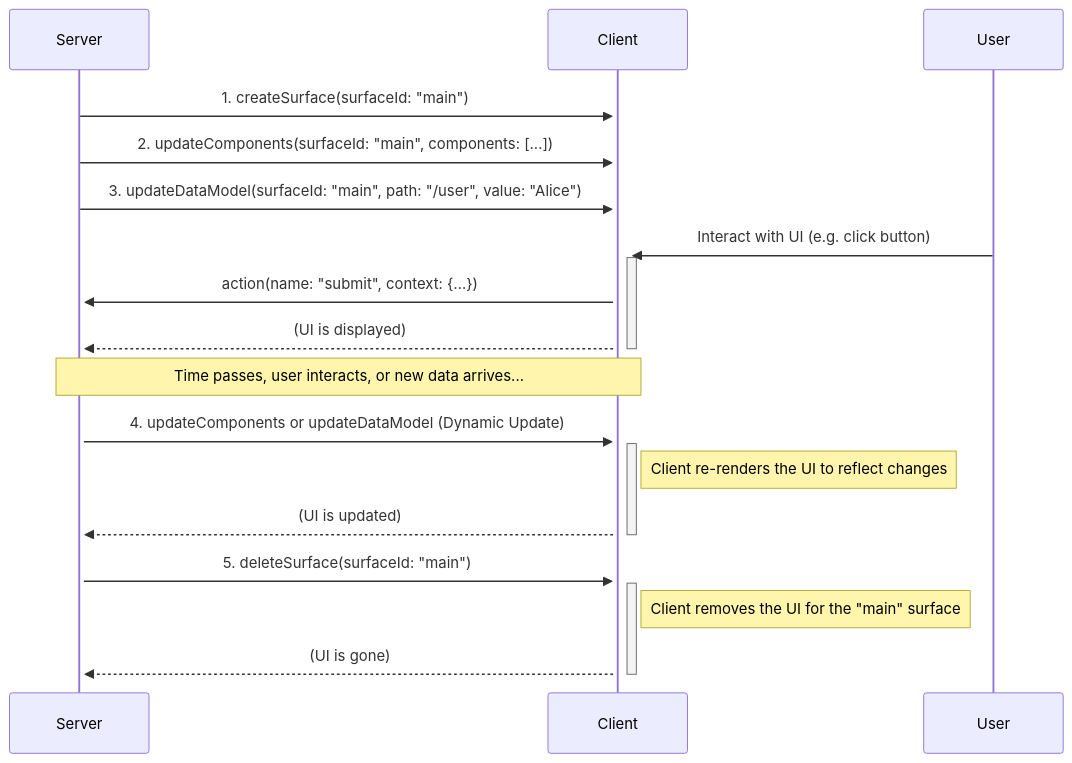
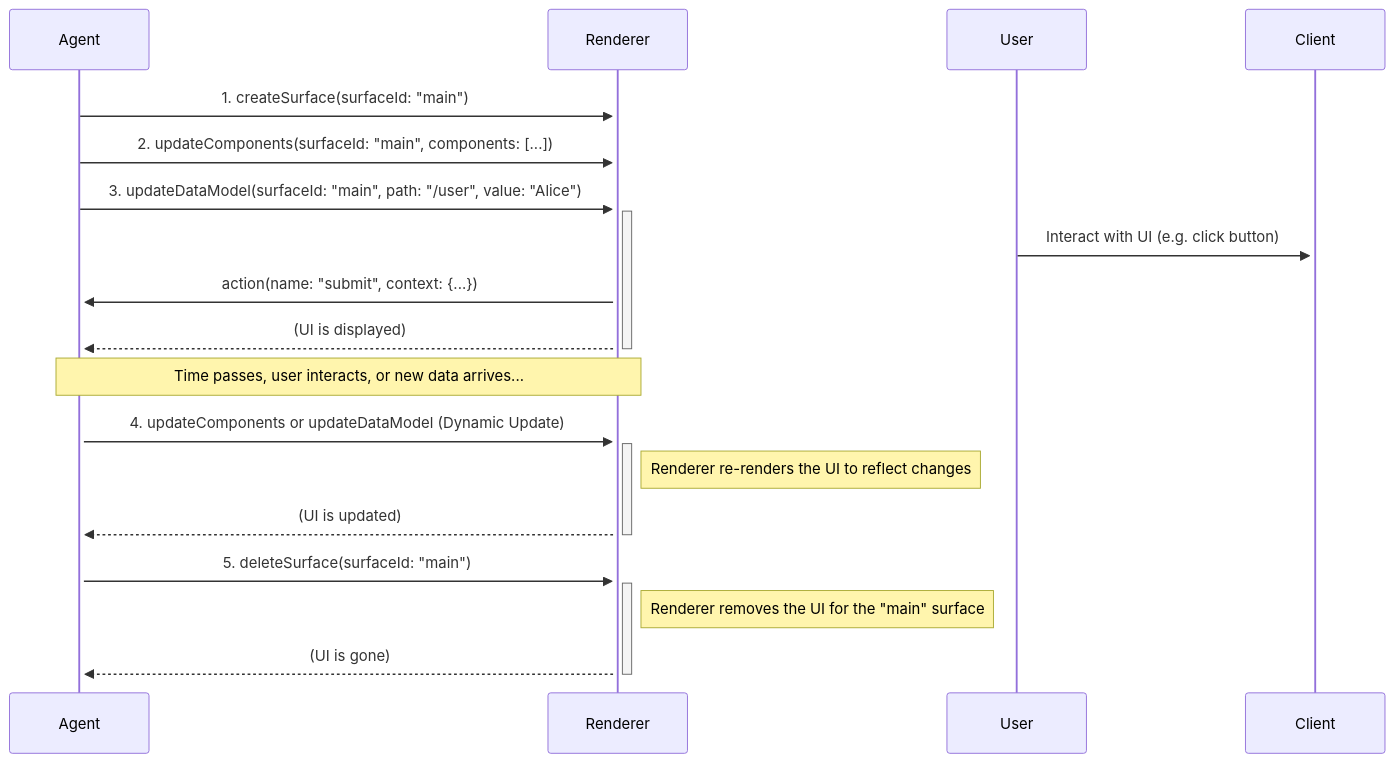
Before and after one commit to a2ui-project/a2ui: the first of 2 diagrams in specification/v1_0/docs/a2ui_protocol.md, drawn with Mermaid. The commit also changed other lines of this file and 48 other files, not shown here.

Commit message:
refactor(specification): rename v1.0 schemas and code references to agent and renderer

````diff
--- a/specification/v1_0/docs/a2ui_protocol.md
+++ b/specification/v1_0/docs/a2ui_protocol.md
@@ -58,22 +58,22 @@
 ```mermaid
 sequenceDiagram
-    participant Server
-    participant Client
+    participant Agent
+    participant Renderer
 
-    Server->>+Client: 1. createSurface(surfaceId: "main")
-    Server->>+Client: 2. updateComponents(surfaceId: "main", components: [...])
-    Server->>+Client: 3. updateDataModel(surfaceId: "main", path: "/user", value: "Alice")
+    Agent->>+Renderer: 1. createSurface(surfaceId: "main")
+    Agent->>+Renderer: 2. updateComponents(surfaceId: "main", components: [...])
+    Agent->>+Renderer: 3. updateDataModel(surfaceId: "main", path: "/user", value: "Alice")
     User->>+Client: Interact with UI (e.g. click button)
-    Client->>+Server: action(name: "submit", context: {...})
-    Client-->>-Server: (UI is displayed)
+    Renderer->>+Agent: action(name: "submit", context: {...})
+    Renderer-->>-Agent: (UI is displayed)
 
-    Note over Client, Server: Time passes, user interacts, or new data arrives...
+    Note over Renderer, Agent: Time passes, user interacts, or new data arrives...
 
-    Server->>+Client: 4. updateComponents or updateDataModel (Dynamic Update)
-    Note right of Client: Client re-renders the UI to reflect changes
-    Client-->>-Server: (UI is updated)
+    Agent->>+Renderer: 4. updateComponents or updateDataModel (Dynamic Update)
+    Note right of Renderer: Renderer re-renders the UI to reflect changes
+    Renderer-->>-Agent: (UI is updated)
 
-    Server->>+Client: 5. deleteSurface(surfaceId: "main")
-    Note right of Client: Client removes the UI for the "main" surface
-    Client-->>-Server: (UI is gone)
+    Agent->>+Renderer: 5. deleteSurface(surfaceId: "main")
+    Note right of Renderer: Renderer removes the UI for the "main" surface
+    Renderer-->>-Agent: (UI is gone)
 ```
````
